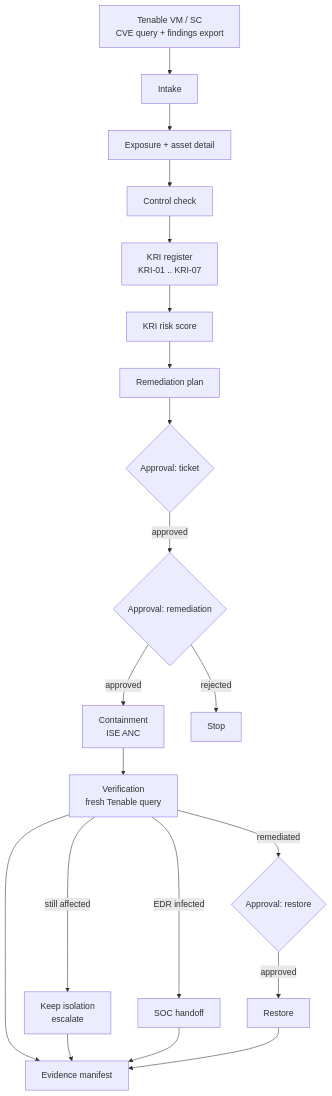
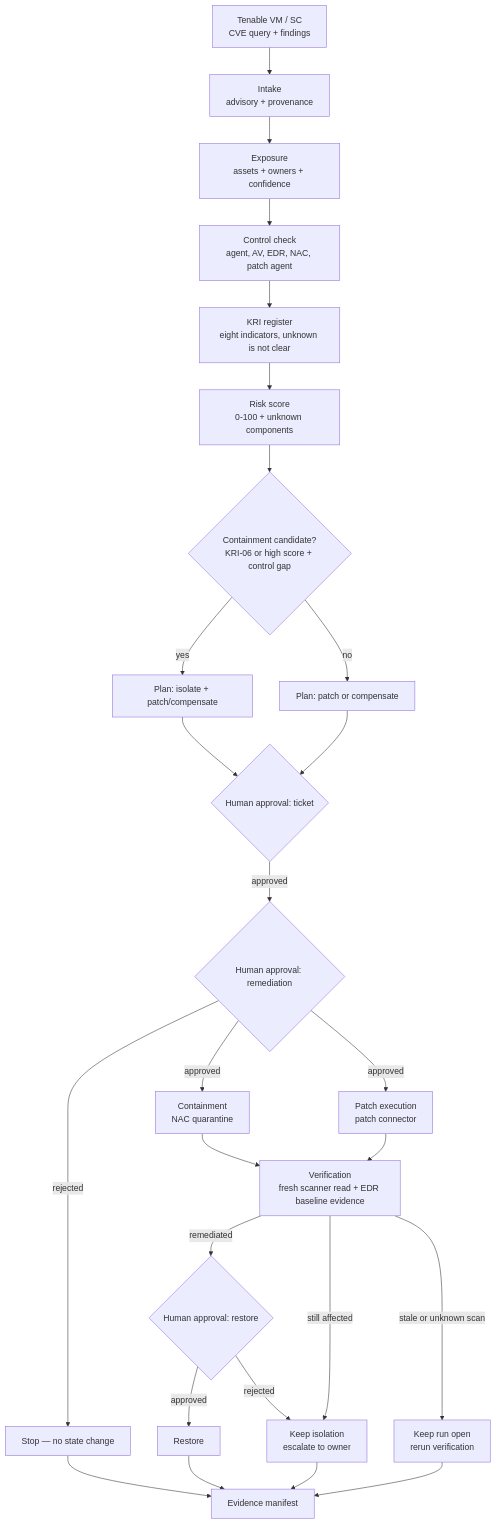
Before and after one commit to sword0x00/SecOps-Autopilot: the diagram in README.md, drawn with Mermaid. The commit also changed other lines of this file and 76 other files, not shown here.

````diff
--- a/README.md
+++ b/README.md
@@ -149,22 +403,28 @@
 ```mermaid
 flowchart TD
-    A[Tenable VM / SC<br/>CVE query + findings export] --> B[Intake]
-    B --> C[Exposure + asset detail]
-    C --> D[Control check]
-    D --> E[KRI register<br/>KRI-01 .. KRI-07]
-    E --> E2[KRI risk score]
-    E2 --> F[Remediation plan]
-    F --> G{Approval: ticket}
-    G -->|approved| H{Approval: remediation}
-    H -->|approved| I[Containment<br/>ISE ANC]
-    H -->|rejected| R[Stop]
-    I --> J[Verification<br/>fresh Tenable query]
-    J -->|remediated| K{Approval: restore}
-    J -->|still affected| L[Keep isolation<br/>escalate]
-    J -->|EDR infected| M[SOC handoff]
-    K -->|approved| N[Restore]
-    J --> O[Evidence manifest]
-    L --> O
-    M --> O
-    N --> O
+    A[Tenable VM / SC<br/>CVE query + findings] --> B[Intake<br/>advisory + provenance]
+    B --> C[Exposure<br/>assets + owners + confidence]
+    C --> D[Control check<br/>agent, AV, EDR, NAC, patch agent]
+    D --> E[KRI register<br/>eight indicators, unknown is not clear]
+    E --> F[Risk score<br/>0-100 + unknown components]
+    F --> G{Containment candidate?<br/>KRI-06 or high score + control gap}
+    G -->|yes| H[Plan: isolate + patch/compensate]
+    G -->|no| I[Plan: patch or compensate]
+    H --> J{Human approval: ticket}
+    I --> J
+    J -->|approved| K{Human approval: remediation}
+    K -->|rejected| Z[Stop — no state change]
+    K -->|approved| L[Containment<br/>NAC quarantine]
+    K -->|approved| M[Patch execution<br/>patch connector]
+    L --> V[Verification<br/>fresh scanner read + EDR baseline evidence]
+    M --> V
+    V -->|remediated| N{Human approval: restore}
+    V -->|still affected| O[Keep isolation<br/>escalate to owner]
+    V -->|stale or unknown scan| P[Keep run open<br/>rerun verification]
+    N -->|approved| Q[Restore]
+    N -->|rejected| O
+    Q --> R[Evidence manifest]
+    O --> R
+    P --> R
+    Z --> R
 ```
````
